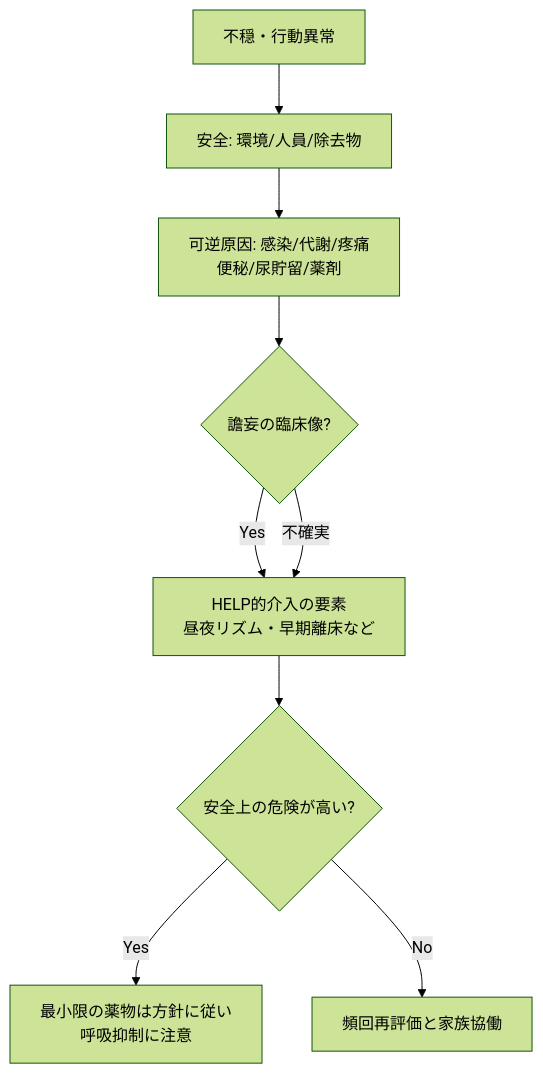
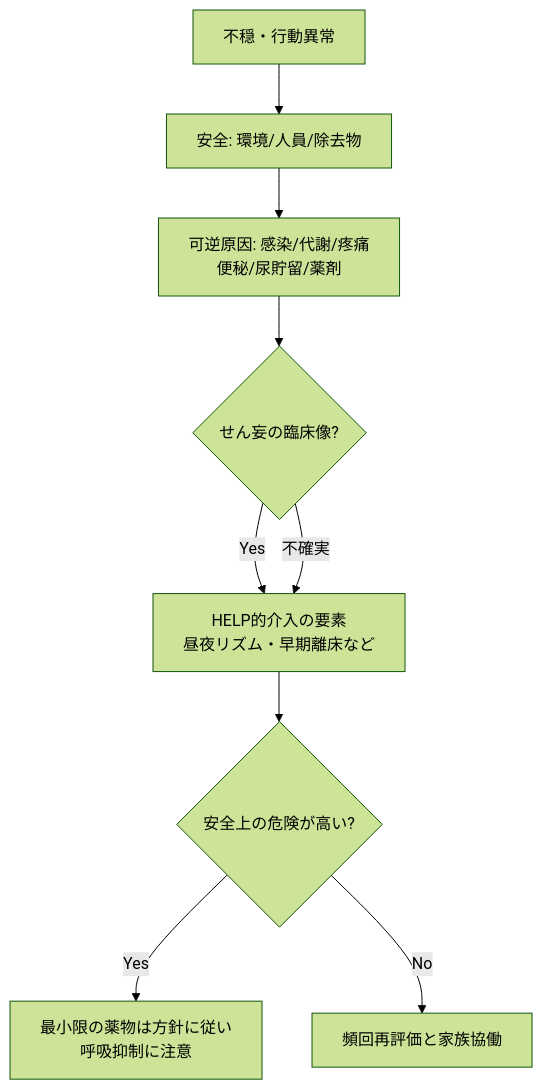
The diagram in topics/symptoms/agitation.qmd (kazuakifukushima/minor-trouble), drawn with Mermaid (forest theme) before and after one commit. The commit also changed other lines of this file and 5 other files, not shown here.

````diff
--- a/topics/symptoms/agitation.qmd
+++ b/topics/symptoms/agitation.qmd
@@ -11,11 +11,11 @@
 ```{mermaid}
 flowchart TD
   A[不穏・行動異常] --> B[安全: 環境/人員/除去物]
   B --> C[可逆原因: 感染/代謝/疼痛<br/>便秘/尿貯留/薬剤]
-  C --> D{譫妄の臨床像?}
+  C --> D{せん妄の臨床像?}
   D -->|Yes| E[HELP的介入の要素<br/>昼夜リズム・早期離床など]
   D -->|不確実| E
   E --> F{安全上の危険が高い?}
   F -->|Yes| G[最小限の薬物は方針に従い<br/>呼吸抑制に注意]
   F -->|No| H[頻回再評価と家族協働]
 ```
````
